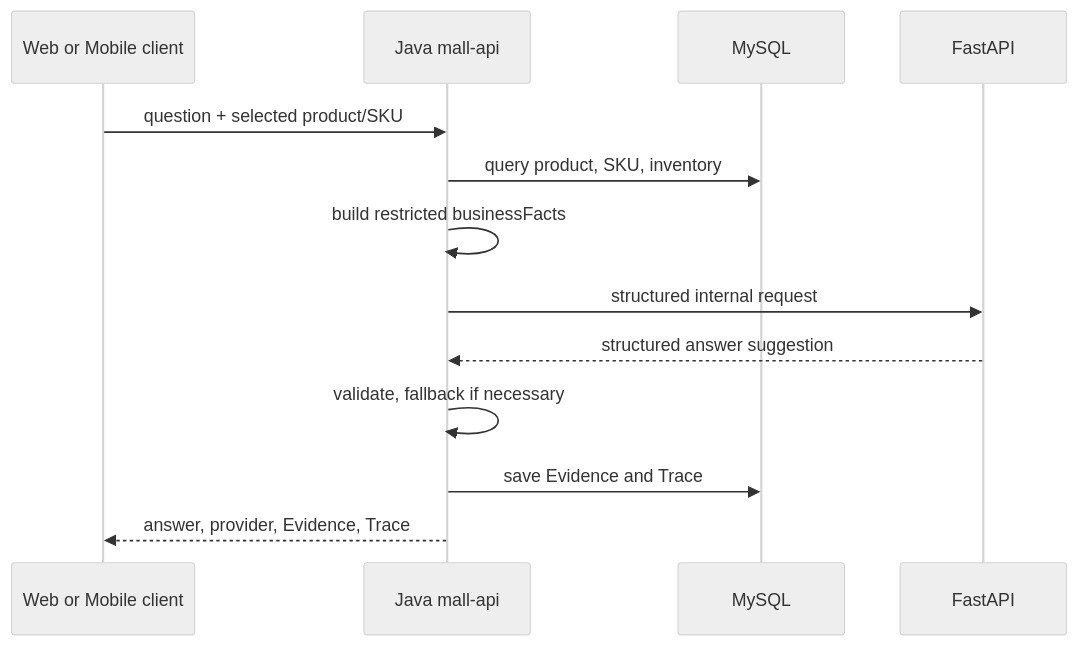
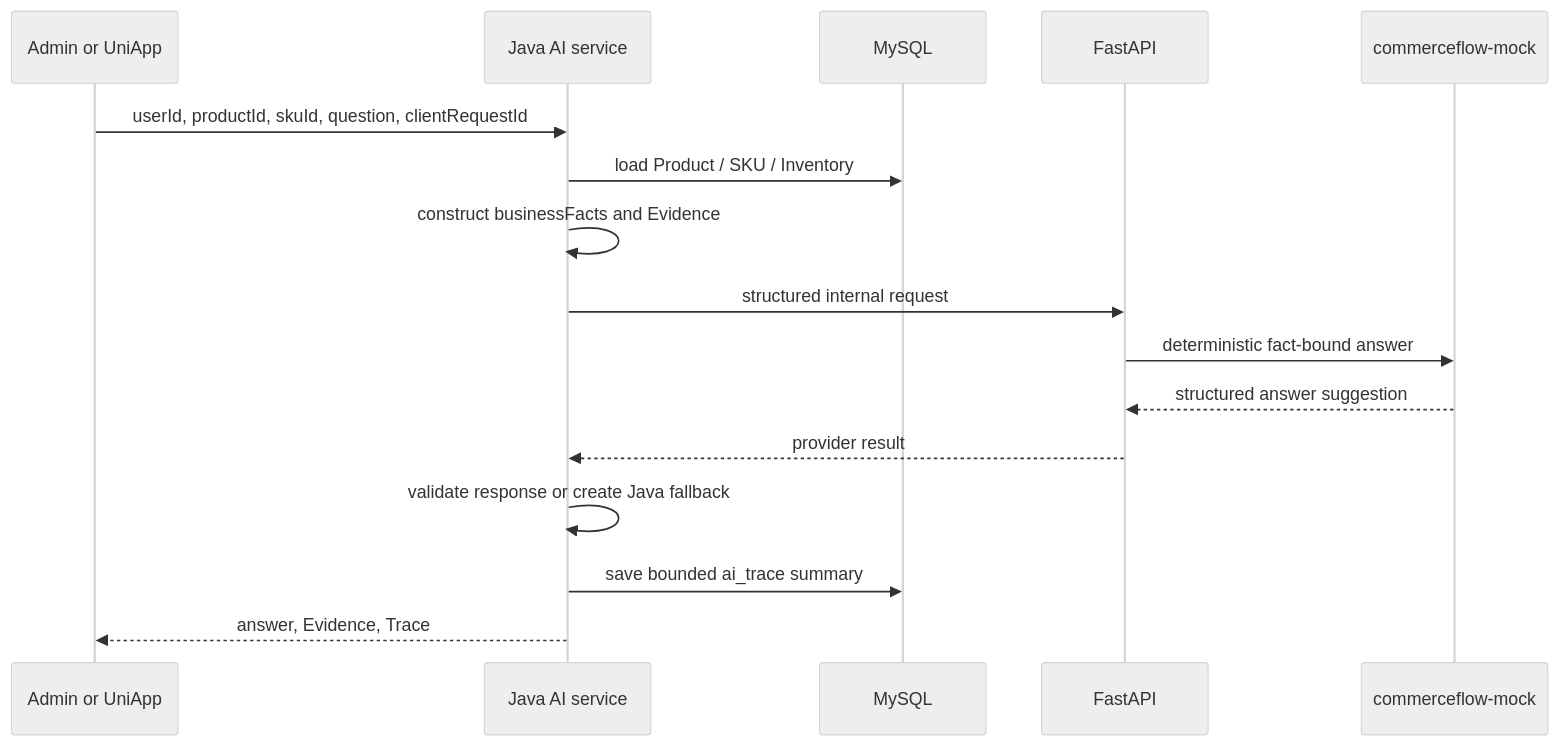
One commit to jameswilson87156-del/commerceflow-ai-mall changed the diagram in docs/architecture/AI_GROUNDED_ANSWER_FLOW.md. Above: the diagram before and after it, drawn with Mermaid (neutral theme). The commit also changed other lines of this file and 11 other files, not shown here.

Commit message:
docs: add architecture and canonical screenshots

````diff
--- a/docs/architecture/AI_GROUNDED_ANSWER_FLOW.md
+++ b/docs/architecture/AI_GROUNDED_ANSWER_FLOW.md
@@ -3,15 +3,18 @@
 ```mermaid
 sequenceDiagram
-  participant C as Web or Mobile client
-  participant J as Java mall-api
+  participant F as Admin or UniApp
+  participant J as Java AI service
   participant M as MySQL
   participant P as FastAPI
-  C->>J: question + selected product/SKU
-  J->>M: query product, SKU, inventory
-  J->>J: build restricted businessFacts
+  participant X as commerceflow-mock
+  F->>J: userId, productId, skuId, question, clientRequestId
+  J->>M: load Product / SKU / Inventory
+  J->>J: construct businessFacts and Evidence
   J->>P: structured internal request
-  P-->>J: structured answer suggestion
-  J->>J: validate, fallback if necessary
-  J->>M: save Evidence and Trace
-  J-->>C: answer, provider, Evidence, Trace
+  P->>X: deterministic fact-bound answer
+  X-->>P: structured answer suggestion
+  P-->>J: provider result
+  J->>J: validate response or create Java fallback
+  J->>M: save bounded ai_trace summary
+  J-->>F: answer, Evidence, Trace
 ```
````
